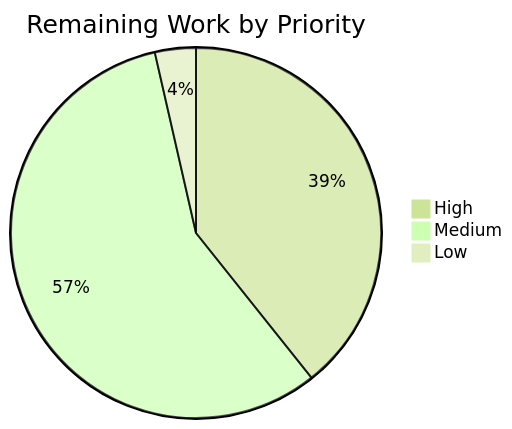
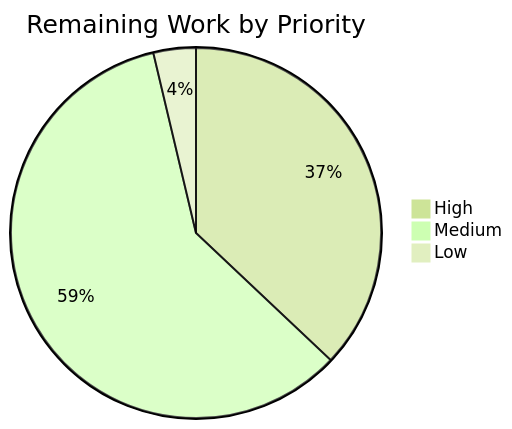
Before and after one commit to monero-project/monero: the fourth of 4 diagrams in blitzy/documentation/Project Guide.md, drawn with Mermaid (forest theme). The commit also changed other lines of this file, not shown here.

````diff
--- a/blitzy/documentation/Project Guide.md
+++ b/blitzy/documentation/Project Guide.md
@@ -1316,6 +1569,6 @@
 ```mermaid
 pie title Remaining Work by Priority
-    "High" : 22
+    "High" : 20
     "Medium" : 32
     "Low" : 2
 ```
````
